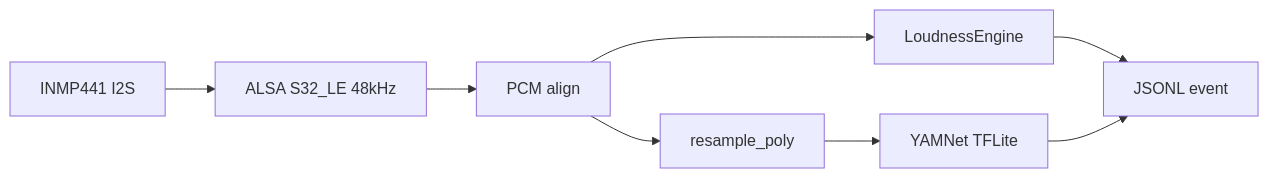
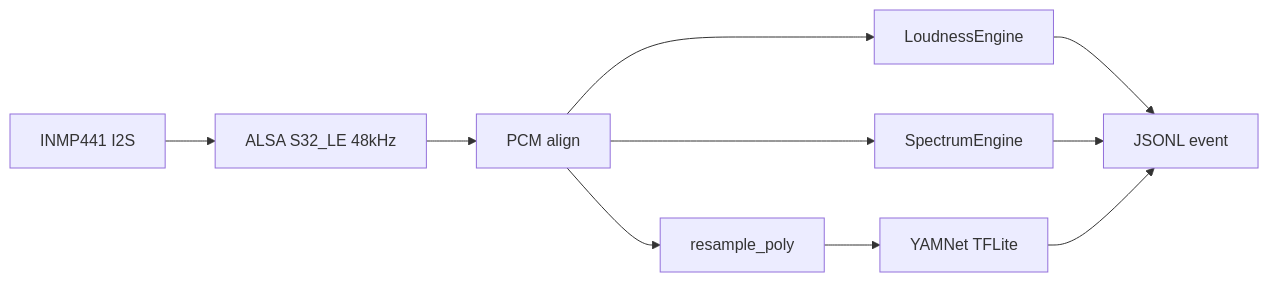
Before and after one commit to mattszaszko/urban-sound-collector: the diagram in README.md, drawn with Mermaid. The commit also changed other lines of this file and 4 other files, not shown here.

````diff
--- a/README.md
+++ b/README.md
@@ -56,16 +60,19 @@
 ```mermaid
 flowchart LR
     mic[INMP441 I2S]
     alsa[ALSA S32_LE 48kHz]
     pcm[PCM align]
     loud[LoudnessEngine]
+    spec[SpectrumEngine]
     res[resample_poly]
     yam[YAMNet TFLite]
     json[JSONL event]
 
     mic --> alsa --> pcm
     pcm --> loud
+    pcm --> spec
     pcm --> res --> yam
     loud --> json
+    spec --> json
     yam --> json
 ```
````
